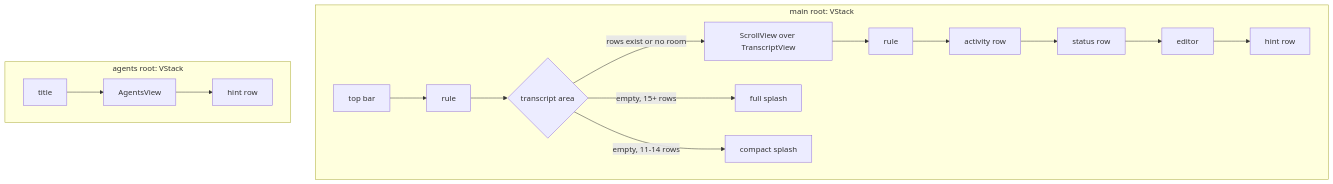
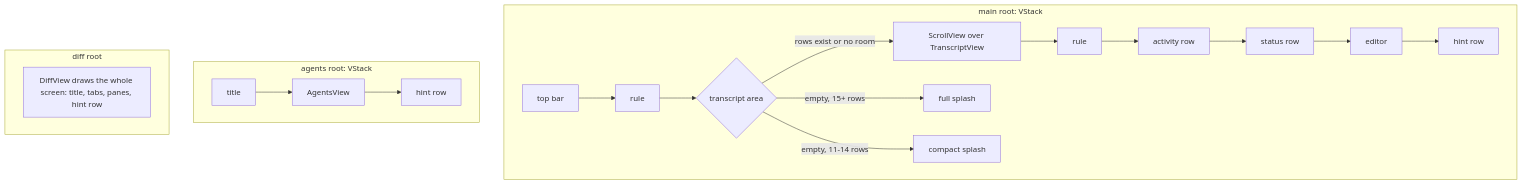
The diagram in docs/architecture/tui.md (mr-jones123/makora), drawn with Mermaid before and after one commit. The commit also changed other lines of this file and 17 other files, not shown here.

Commit message:
docs: makora REPL, /diff view, optional durability, and the phase 3 plan

````diff
--- a/docs/architecture/tui.md
+++ b/docs/architecture/tui.md
@@ -27,15 +31,18 @@
 ```mermaid
 flowchart TB
   subgraph main[main root: VStack]
     T[top bar] --> R1[rule]
     R1 --> X{transcript area}
     X -->|rows exist or no room| SV[ScrollView over TranscriptView]
     X -->|empty, 15+ rows| SF[full splash]
     X -->|empty, 11-14 rows| SC[compact splash]
     SV --> R2[rule]
     R2 --> D[activity row] --> S[status row] --> E[editor] --> HINT[hint row]
   end
   subgraph agents[agents root: VStack]
     AT[title] --> AV[AgentsView] --> AH[hint row]
   end
+  subgraph diff[diff root]
+    DV[DiffView draws the whole screen: title, tabs, panes, hint row]
+  end
 ```
````
